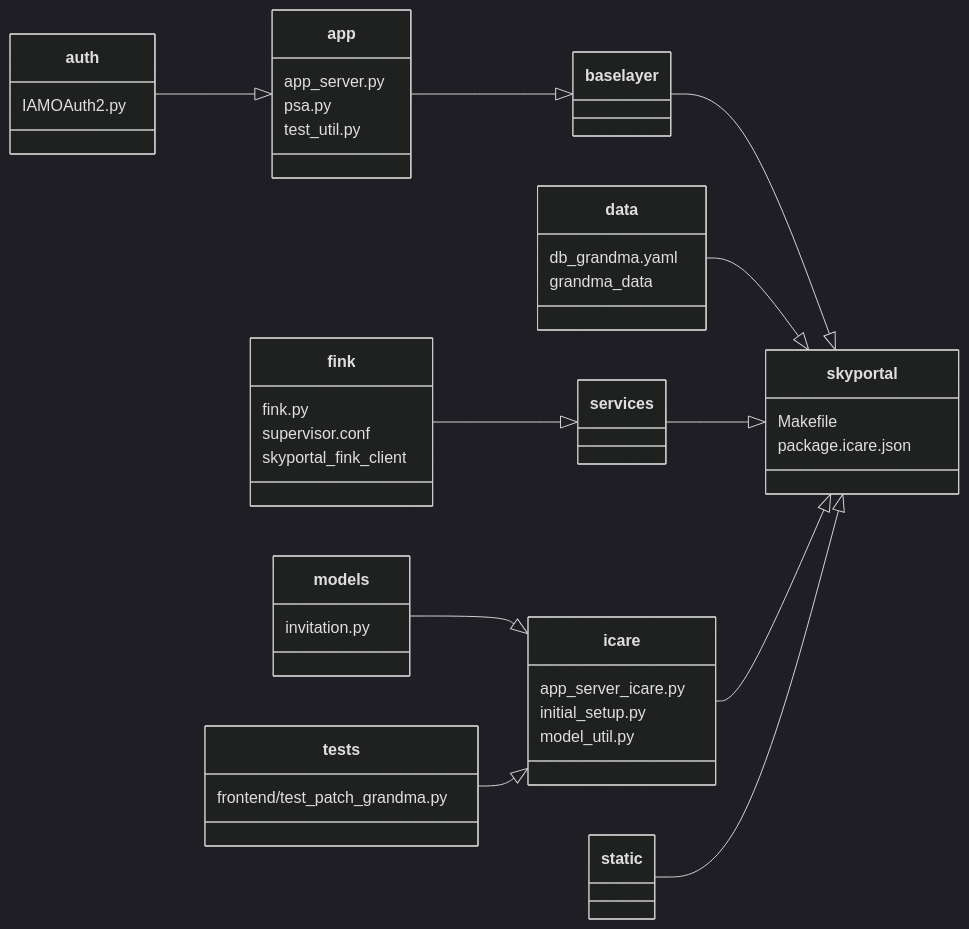
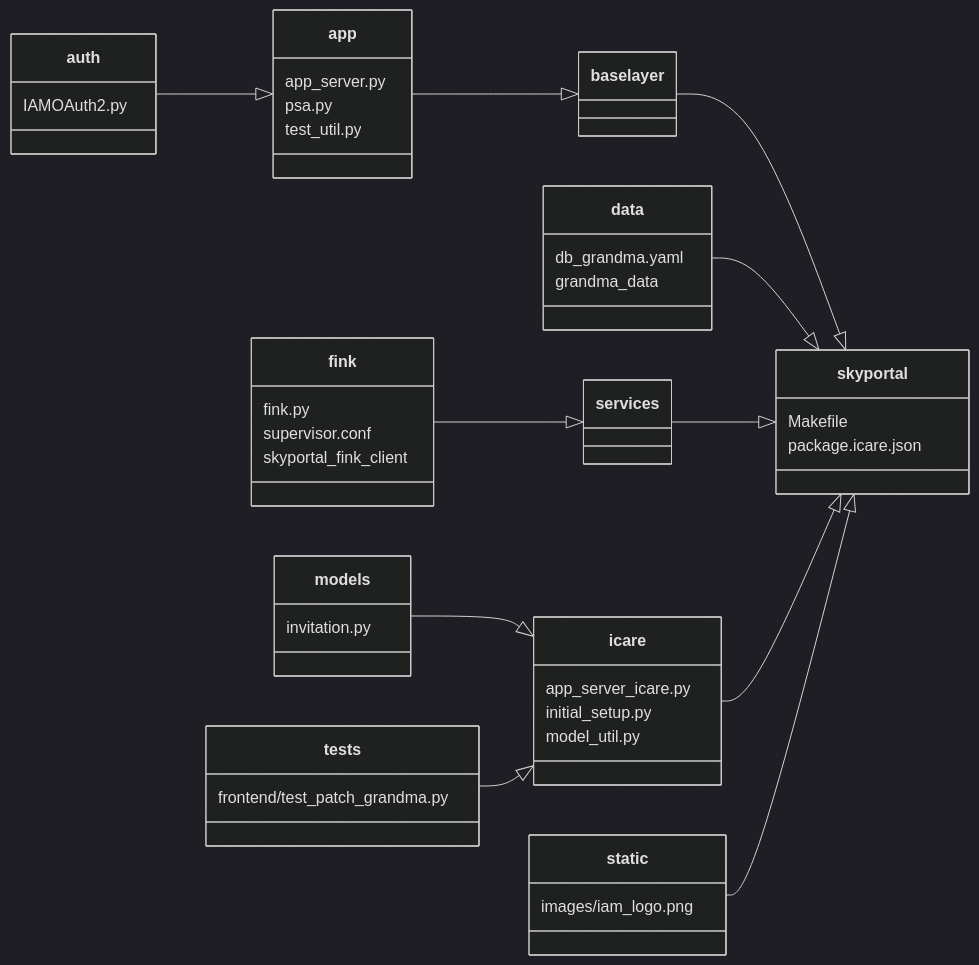
Before and after one commit to grandma-collaboration/icare: the second of 6 diagrams in docs/dev_guide/architecture.md, drawn with Mermaid (dark theme). The commit also changed other lines of this file and 2 other files, not shown here.

Commit message:
Show the IAM logo on the sign-in button

````diff
--- a/docs/dev_guide/architecture.md
+++ b/docs/dev_guide/architecture.md
@@ -23,37 +23,38 @@
 ``` mermaid
 classDiagram
     direction LR
     app --|> baselayer
     app : app_server.py
     app : psa.py
     app : test_util.py
     auth --|> app
     auth : IAMOAuth2.py
 
     baselayer --|> skyportal
 
     data --|> skyportal
     data : db_grandma.yaml
     data : grandma_data
 
     services --|> skyportal
     fink --|> services
     fink : fink.py
     fink : supervisor.conf
     fink : skyportal_fink_client
 
     icare --|> skyportal
     icare : app_server_icare.py
     icare : initial_setup.py
     icare : model_util.py
 
     models --|> icare
     models : invitation.py
     tests --|> icare
     tests : frontend/test_patch_grandma.py
 
     static --|> skyportal
+    static : images/iam_logo.png
 
     skyportal : Makefile
     skyportal : package.icare.json
 ```
````
